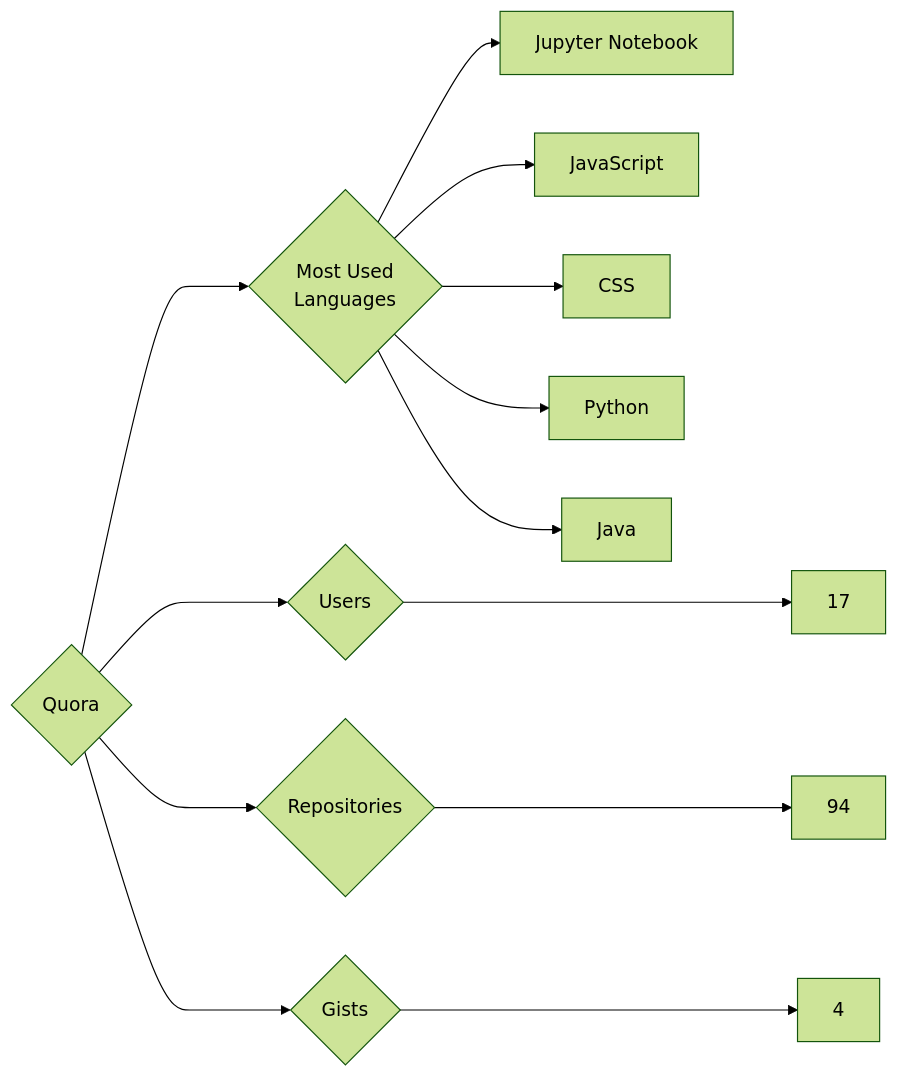
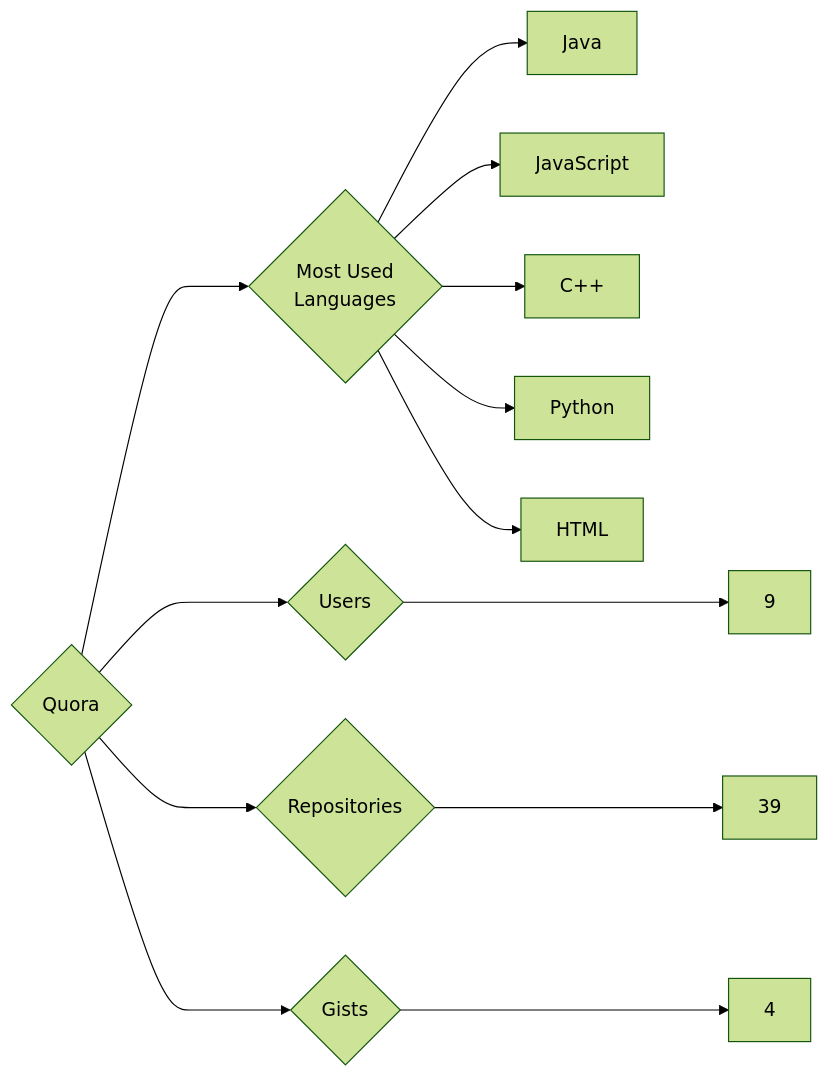
One commit to trickest/insiders changed the diagram in targets/Quora/README.md. Above: the diagram before and after it, drawn with Mermaid (forest theme). The commit also changed 895 other files, not shown here.

````diff
--- a/targets/Quora/README.md
+++ b/targets/Quora/README.md
@@ -3,13 +3,13 @@
 ```mermaid
 graph LR
 COMPANY_NAME{Quora}
-COMPANY_NAME ---> U{Users} ---> UN[17]
-COMPANY_NAME ---> R{Repositories} ---> RN[94]
+COMPANY_NAME ---> U{Users} ---> UN[9]
+COMPANY_NAME ---> R{Repositories} ---> RN[39]
 COMPANY_NAME ---> G{Gists} ---> GN[4]
 COMPANY_NAME ---> ML{Most Used<br>Languages}
-ML --> Jupyter_Notebook[Jupyter Notebook]
+ML --> Java[Java]
 ML --> JavaScript[JavaScript]
-ML --> CSS[CSS]
+ML --> C++[C++]
 ML --> Python[Python]
-ML --> Java[Java]
+ML --> HTML[HTML]
 ```
````
